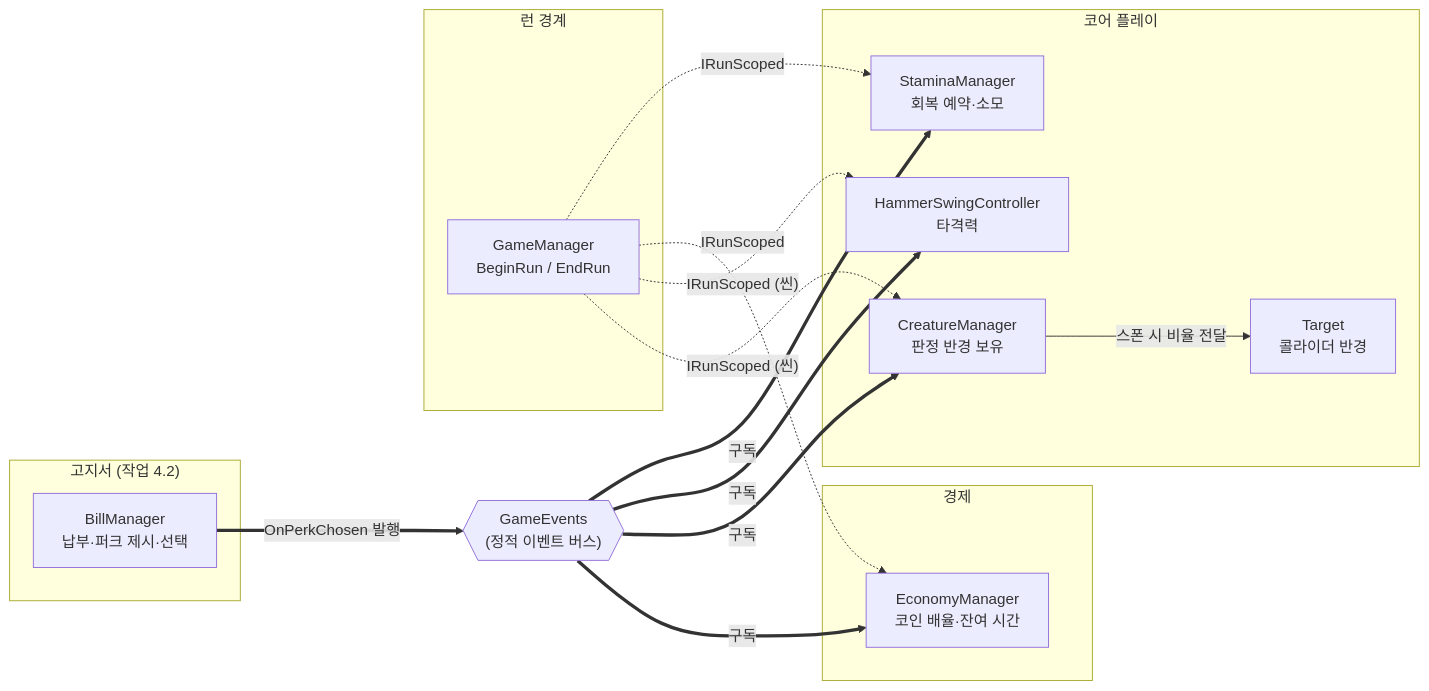
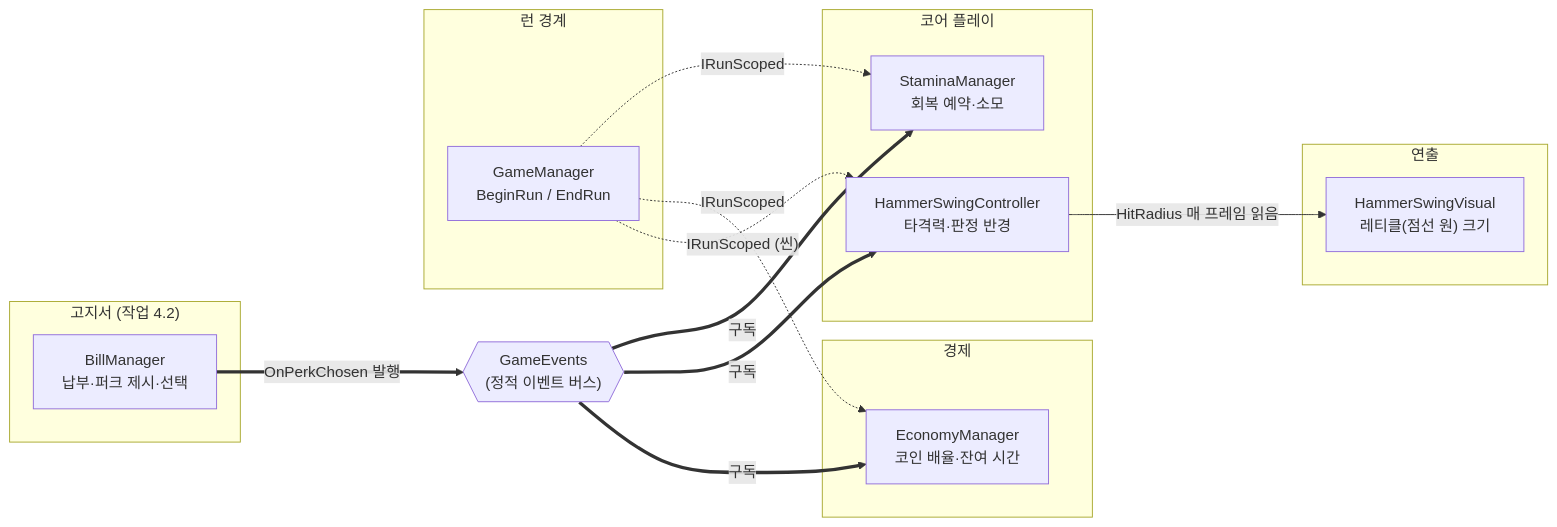
The diagram in docs/TECH_NOTES/perks.md (KDNA-Gwangju-1/NCAIClicker), drawn with Mermaid before and after one commit. The commit also changed other lines of this file and 10 other files, not shown here.

````diff
--- a/docs/TECH_NOTES/perks.md
+++ b/docs/TECH_NOTES/perks.md
@@ -68,34 +90,34 @@
 ```mermaid
 flowchart LR
   subgraph Bills["고지서 (작업 4.2)"]
     bill["BillManager<br/>납부·퍼크 제시·선택"]
   end
 
   subgraph Core["코어 플레이"]
     stamina["StaminaManager<br/>회복 예약·소모"]
-    hammer["HammerSwingController<br/>타격력"]
-    creatures["CreatureManager<br/>판정 반경 보유"]
-    target["Target<br/>콜라이더 반경"]
+    hammer["HammerSwingController<br/>타격력·판정 반경"]
   end
 
   subgraph Economy["경제"]
     econ["EconomyManager<br/>코인 배율·잔여 시간"]
+  end
+
+  subgraph Visual["연출"]
+    visual["HammerSwingVisual<br/>레티클(점선 원) 크기"]
   end
 
   subgraph Run["런 경계"]
     gm["GameManager<br/>BeginRun / EndRun"]
   end
 
   events{{"GameEvents<br/>(정적 이벤트 버스)"}}
 
   bill == "OnPerkChosen 발행" ==> events
   events == "구독" ==> stamina
   events == "구독" ==> hammer
-  events == "구독" ==> creatures
   events == "구독" ==> econ
-  creatures -- "스폰 시 비율 전달" --> target
+  hammer -- "HitRadius 매 프레임 읽음" --> visual
   gm -. "IRunScoped" .-> stamina
   gm -. "IRunScoped" .-> econ
   gm -. "IRunScoped (씬)" .-> hammer
-  gm -. "IRunScoped (씬)" .-> creatures
 ```
````
